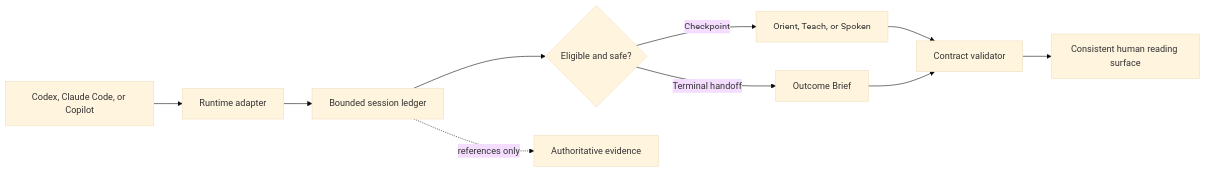
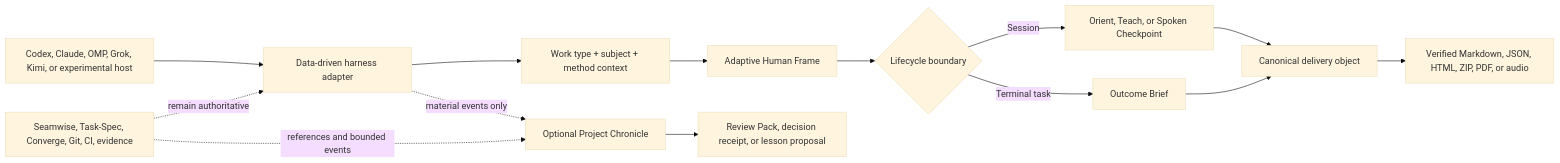
Before and after one commit to MauricioVieiraBraga/brief-spec: the diagram in docs/architecture.md, drawn with Mermaid (base theme). The commit also changed other lines of this file and 60 other files, not shown here.

````diff
--- a/docs/architecture.md
+++ b/docs/architecture.md
@@ -5,12 +6,16 @@
 ```mermaid
 flowchart LR
-    A["Codex, Claude Code, or Copilot"] --> B["Runtime adapter"]
-    B --> C["Bounded session ledger"]
-    C --> D{"Eligible and safe?"}
-    D -->|"Checkpoint"| E["Orient, Teach, or Spoken"]
-    D -->|"Terminal handoff"| F["Outcome Brief"]
-    E --> G["Contract validator"]
-    F --> G
-    G --> H["Consistent human reading surface"]
-    C -. "references only" .-> I["Authoritative evidence"]
+    A["Codex, Claude, OMP, Grok, Kimi, or experimental host"] --> B["Data-driven harness adapter"]
+    B --> C["Work type + subject + method context"]
+    C --> D["Adaptive Human Frame"]
+    D --> E{"Lifecycle boundary"}
+    E -->|"Session"| F["Orient, Teach, or Spoken Checkpoint"]
+    E -->|"Terminal task"| G["Outcome Brief"]
+    F --> H["Canonical delivery object"]
+    G --> H
+    H --> I["Verified Markdown, JSON, HTML, ZIP, PDF, or audio"]
+    B -. "material events only" .-> J["Optional Project Chronicle"]
+    J --> K["Review Pack, decision receipt, or lesson proposal"]
+    L["Seamwise, Task-Spec, Converge, Git, CI, evidence"] -. "remain authoritative" .-> B
+    L -. "references and bounded events" .-> J
 ```
````
